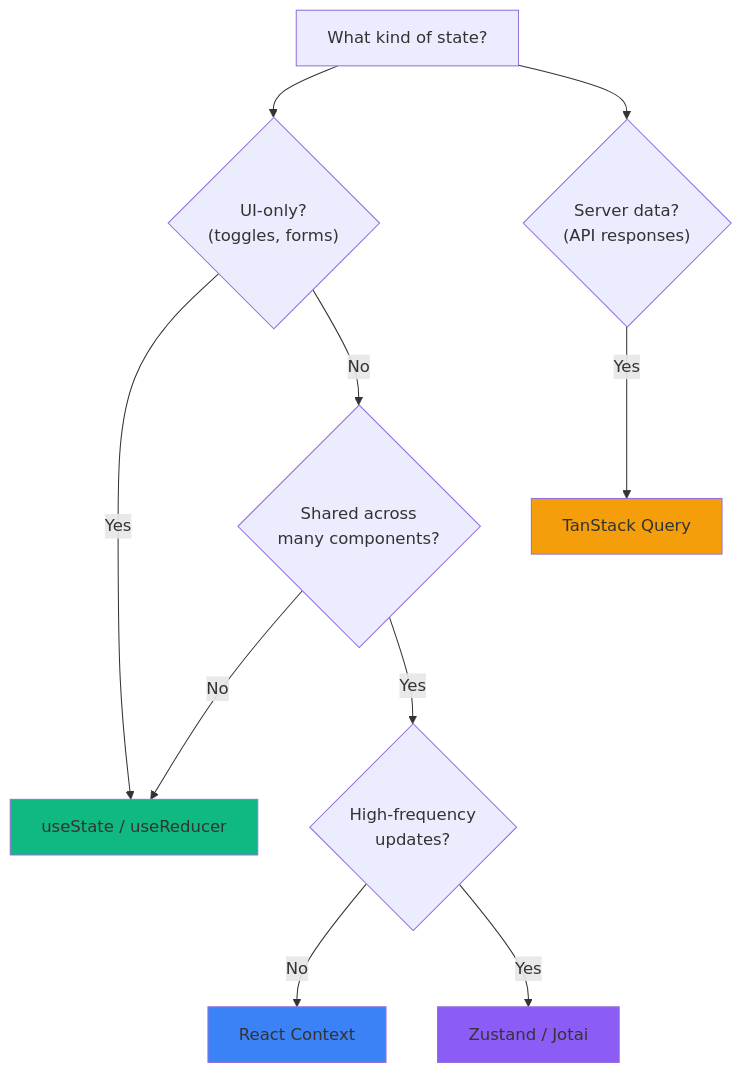
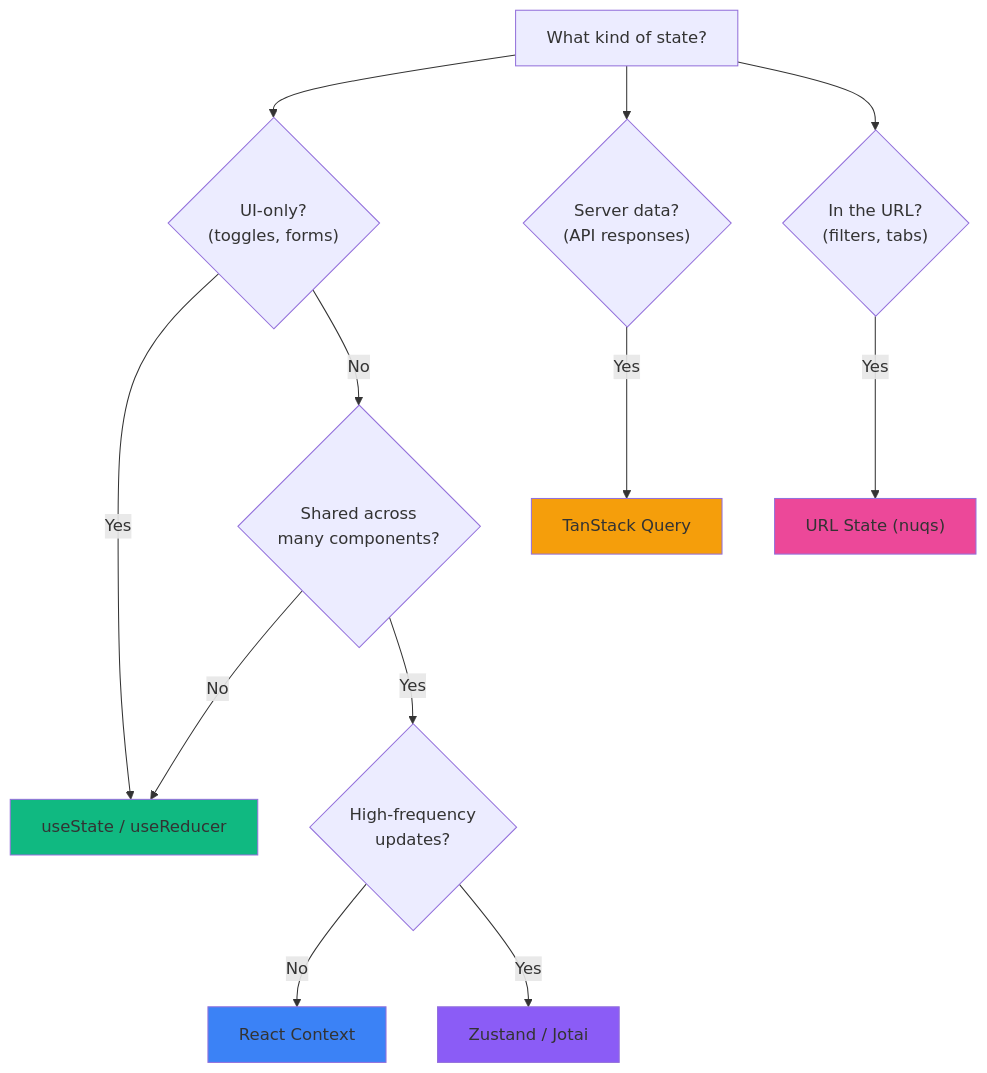
Before and after one commit to akv004/ReactJSTips: the first of 2 diagrams in StateManagementPatterns.qmd, drawn with Mermaid. The commit also changed other lines of this file and 1 other file, not shown here.

````diff
--- a/StateManagementPatterns.qmd
+++ b/StateManagementPatterns.qmd
@@ -7,17 +7,20 @@
 ```{mermaid}
 flowchart TD
     A["What kind of state?"] --> B{"UI-only?<br/>(toggles, forms)"}
     B -->|Yes| C["useState / useReducer"]
     B -->|No| D{"Shared across<br/>many components?"}
     D -->|No| C
     D -->|Yes| E{"High-frequency<br/>updates?"}
     E -->|No| F["React Context"]
     E -->|Yes| G["Zustand / Jotai"]
     A --> H{"Server data?<br/>(API responses)"}
     H -->|Yes| I["TanStack Query"]
+    A --> J{"In the URL?<br/>(filters, tabs)"}
+    J -->|Yes| K["URL State (nuqs)"]
     
     style C fill:#10b981
     style F fill:#3b82f6
     style G fill:#8b5cf6
     style I fill:#f59e0b
+    style K fill:#ec4899
 ```
````
